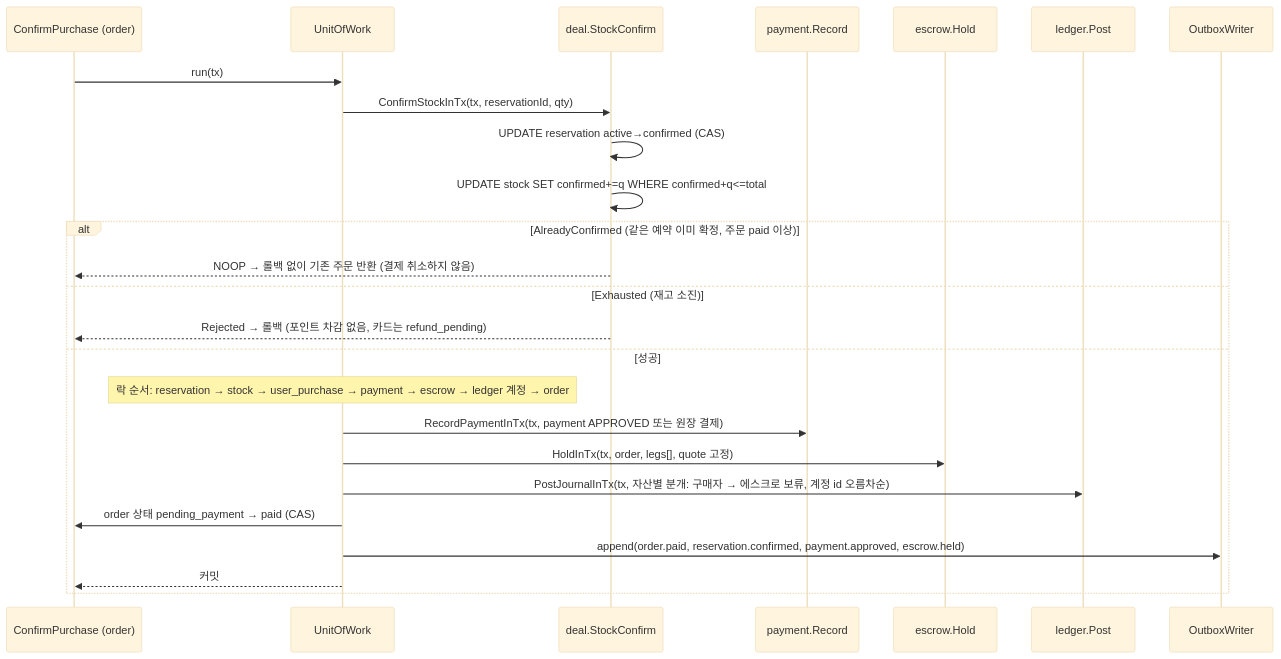
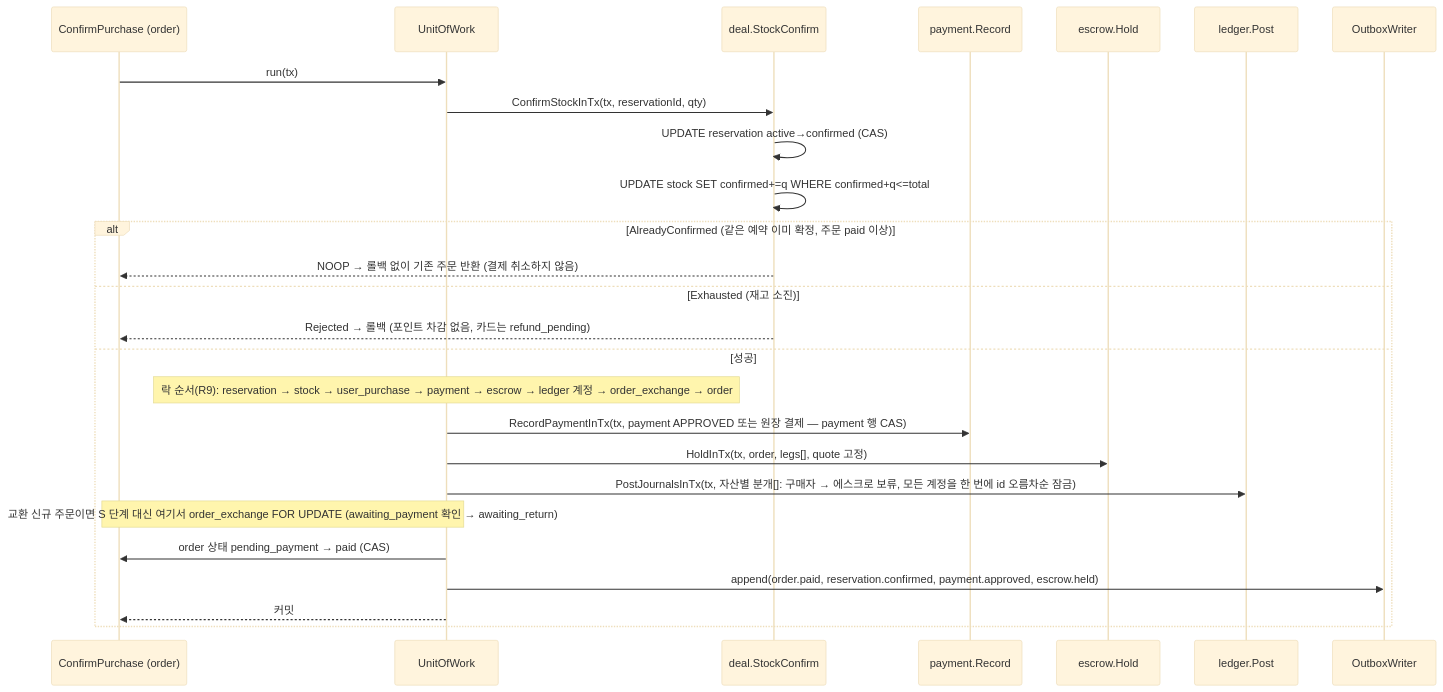
The eighth of 28 diagrams in docs/design/phases/02-commerce.md (1985jwlee/portpolio_backend), drawn with Mermaid (base theme) before and after one commit. The commit also changed other lines of this file and 33 other files, not shown here.

````diff
--- a/docs/design/phases/02-commerce.md
+++ b/docs/design/phases/02-commerce.md
@@ -371,27 +379,28 @@
 ```mermaid
 sequenceDiagram
     participant A as ConfirmPurchase (order)
     participant U as UnitOfWork
     participant S as deal.StockConfirm
     participant P as payment.Record
     participant E as escrow.Hold
     participant L as ledger.Post
     participant O as OutboxWriter
     A->>U: run(tx)
     U->>S: ConfirmStockInTx(tx, reservationId, qty)
     S->>S: UPDATE reservation active→confirmed (CAS)
     S->>S: UPDATE stock SET confirmed+=q WHERE confirmed+q<=total
     alt AlreadyConfirmed (같은 예약 이미 확정, 주문 paid 이상)
         S-->>A: NOOP → 롤백 없이 기존 주문 반환 (결제 취소하지 않음)
     else Exhausted (재고 소진)
         S-->>A: Rejected → 롤백 (포인트 차감 없음, 카드는 refund_pending)
     else 성공
-        Note over U: 락 순서: reservation → stock → user_purchase → payment → escrow → ledger 계정 → order
-        U->>P: RecordPaymentInTx(tx, payment APPROVED 또는 원장 결제)
+        Note over U: 락 순서(R9): reservation → stock → user_purchase → payment → escrow → ledger 계정 → order_exchange → order
+        U->>P: RecordPaymentInTx(tx, payment APPROVED 또는 원장 결제 — payment 행 CAS)
         U->>E: HoldInTx(tx, order, legs[], quote 고정)
-        U->>L: PostJournalInTx(tx, 자산별 분개: 구매자 → 에스크로 보류, 계정 id 오름차순)
+        U->>L: PostJournalsInTx(tx, 자산별 분개[]: 구매자 → 에스크로 보류, 모든 계정을 한 번에 id 오름차순 잠금)
+        Note over U,A: 교환 신규 주문이면 S 단계 대신 여기서 order_exchange FOR UPDATE (awaiting_payment 확인 → awaiting_return)
         U->>A: order 상태 pending_payment → paid (CAS)
         U->>O: append(order.paid, reservation.confirmed, payment.approved, escrow.held)
         U-->>A: 커밋
     end
 ```
````
